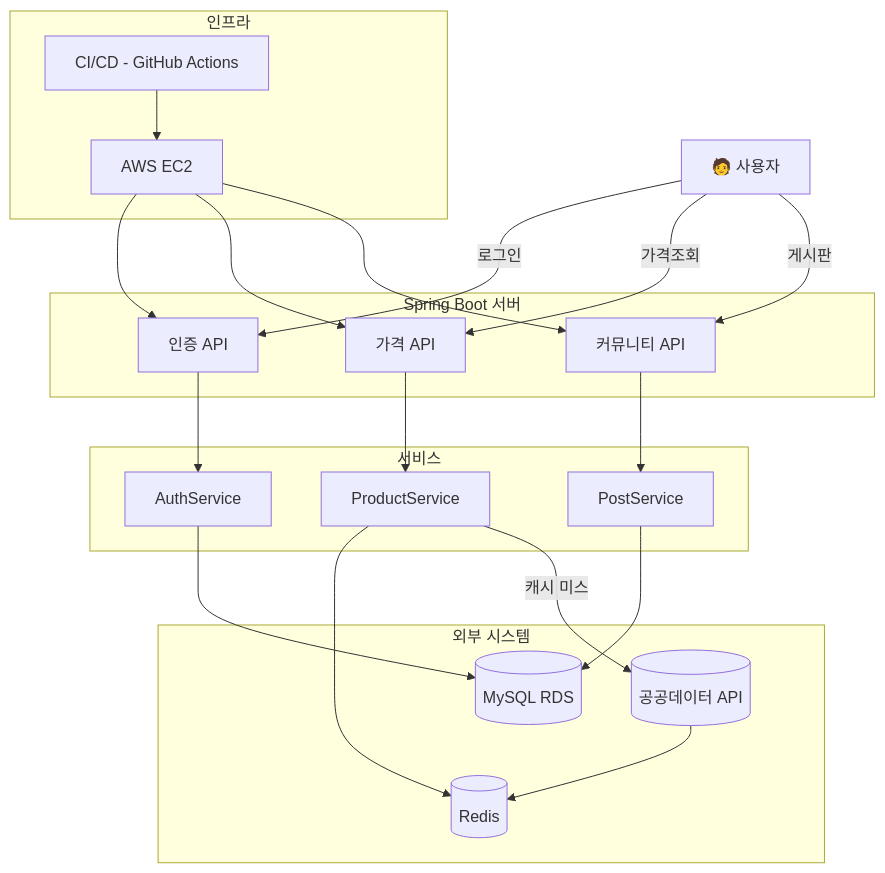
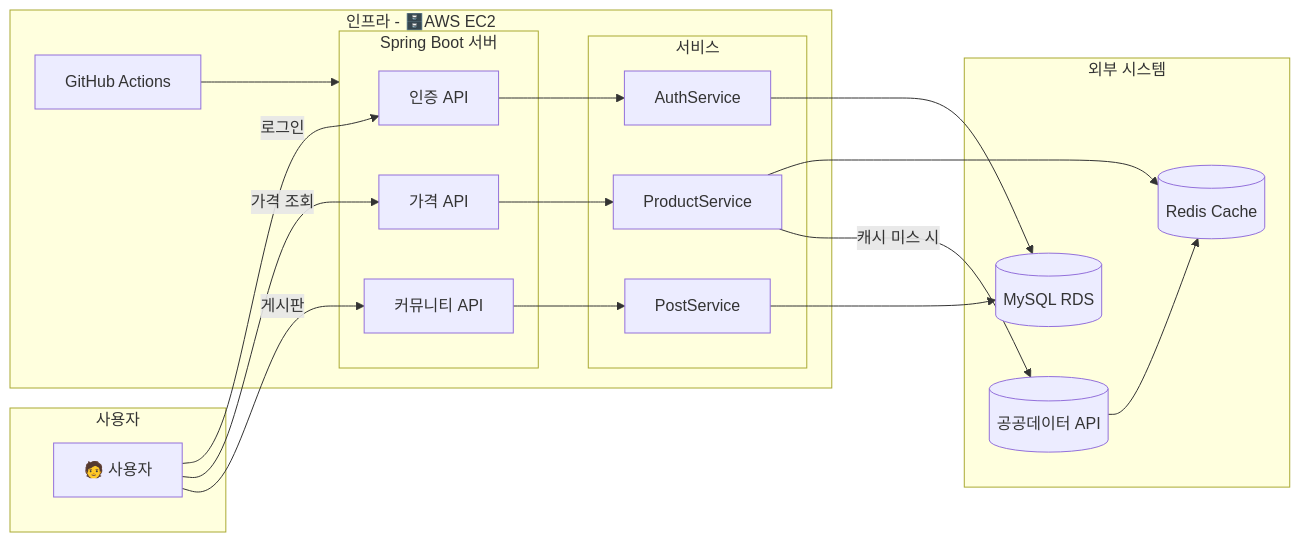
The diagram in README.md (minjae5024/wholesale), drawn with Mermaid before and after one commit.

````diff
--- a/README.md
+++ b/README.md
@@ -49,39 +49,38 @@
 ```mermaid
-graph TD
-  A[🧑 사용자]
+graph LR
 
-  subgraph Spring Boot 서버
-    B1[인증 API]
-    B2[가격 API]
-    B3[커뮤니티 API]
+  subgraph 사용자
+    A[🧑 사용자]
   end
 
-  subgraph 서비스
-    C1[AuthService]
-    C2[ProductService]
-    C3[PostService]
+  subgraph 인프라 [인프라 - 🗄️AWS EC2]
+    E2[GitHub Actions]
+    
+    subgraph 서버 [Spring Boot 서버]
+      B1[인증 API]
+      B2[가격 API]
+      B3[커뮤니티 API]
+    end
+
+    subgraph 서비스
+      C1[AuthService]
+      C2[ProductService]
+      C3[PostService]
+    end
   end
 
   subgraph 외부 시스템
     D1[(공공데이터 API)]
     D2[(MySQL RDS)]
-    D3[(Redis)]
+    D3[(Redis Cache)]
   end
 
-  subgraph 인프라
-    E1[AWS EC2]
-    E2[CI/CD - GitHub Actions]
-  end
-
-  %% 요청 흐름
+  %% 사용자 요청
   A -->|로그인| B1 --> C1 --> D2
-  A -->|가격조회| B2 --> C2 --> D3
-  C2 -->|캐시 미스| D1 --> D3
-
+  A -->|가격 조회| B2 --> C2 --> D3
+  C2 -->|캐시 미스 시| D1 --> D3
   A -->|게시판| B3 --> C3 --> D2
 
   %% 배포 흐름
-  E2 --> E1 --> B1
-  E1 --> B2
-  E1 --> B3
+  E2 --> 서버
 ```
````
